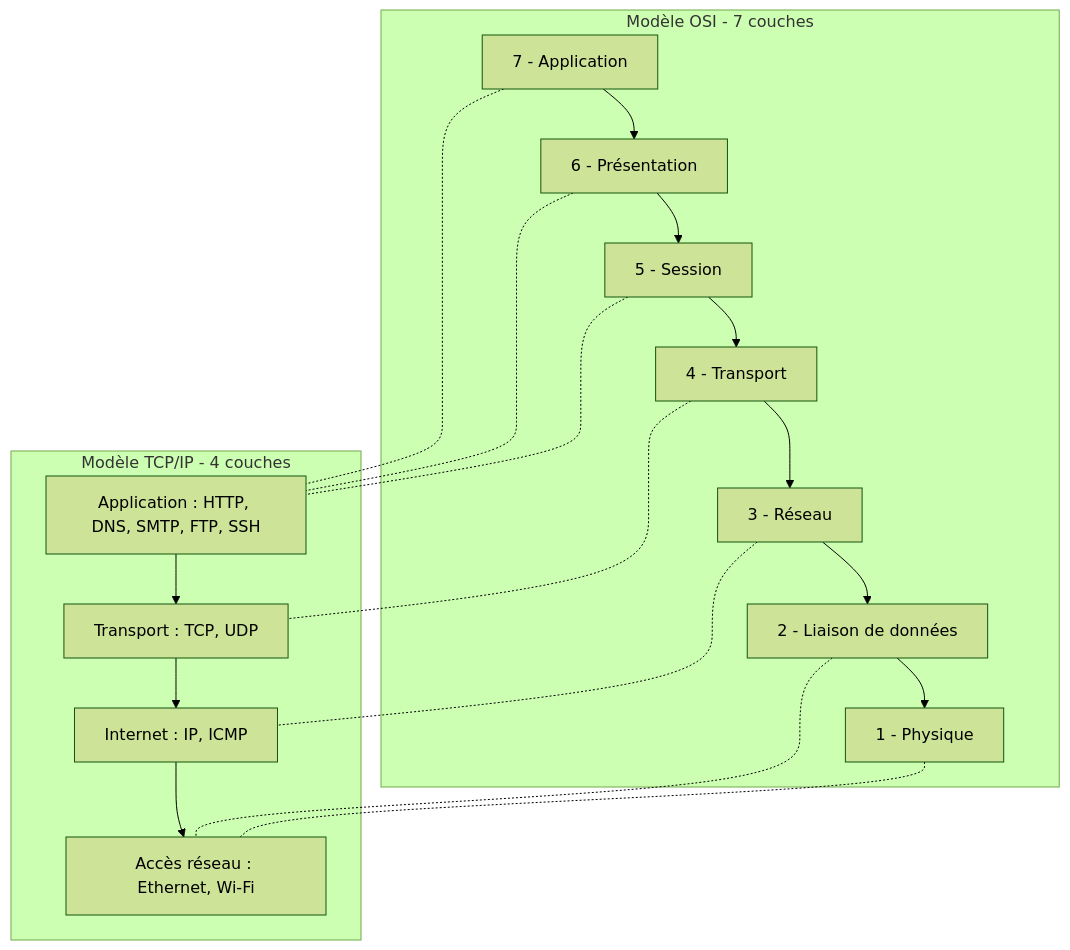
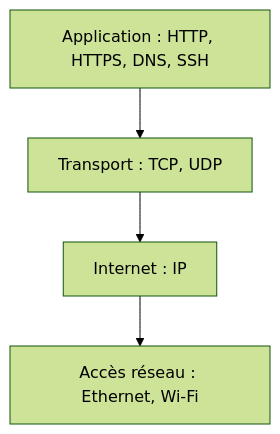
Before and after one commit to A-Jeaugey/revisions-NSI: the first of 3 diagrams in docs/diagrammes/modele_osi_tcpip.md, drawn with Mermaid (forest theme). The commit also changed other lines of this file and 25 other files, not shown here.

````diff
--- a/docs/diagrammes/modele_osi_tcpip.md
+++ b/docs/diagrammes/modele_osi_tcpip.md
@@ -7,27 +10,8 @@
 ```mermaid
 flowchart TB
-    subgraph OSI[Modèle OSI - 7 couches]
-        O7[7 - Application]
-        O6[6 - Présentation]
-        O5[5 - Session]
-        O4[4 - Transport]
-        O3[3 - Réseau]
-        O2[2 - Liaison de données]
-        O1[1 - Physique]
-        O7 --> O6 --> O5 --> O4 --> O3 --> O2 --> O1
-    end
-    subgraph TCP[Modèle TCP/IP - 4 couches]
-        T4[Application : HTTP, DNS, SMTP, FTP, SSH]
-        T3[Transport : TCP, UDP]
-        T2[Internet : IP, ICMP]
-        T1[Accès réseau : Ethernet, Wi-Fi]
-        T4 --> T3 --> T2 --> T1
-    end
-    O7 -.- T4
-    O6 -.- T4
-    O5 -.- T4
-    O4 -.- T3
-    O3 -.- T2
-    O2 -.- T1
-    O1 -.- T1
+    T4[Application : HTTP, HTTPS, DNS, SSH]
+    T3[Transport : TCP, UDP]
+    T2[Internet : IP]
+    T1[Accès réseau : Ethernet, Wi-Fi]
+    T4 --> T3 --> T2 --> T1
 ```
````
